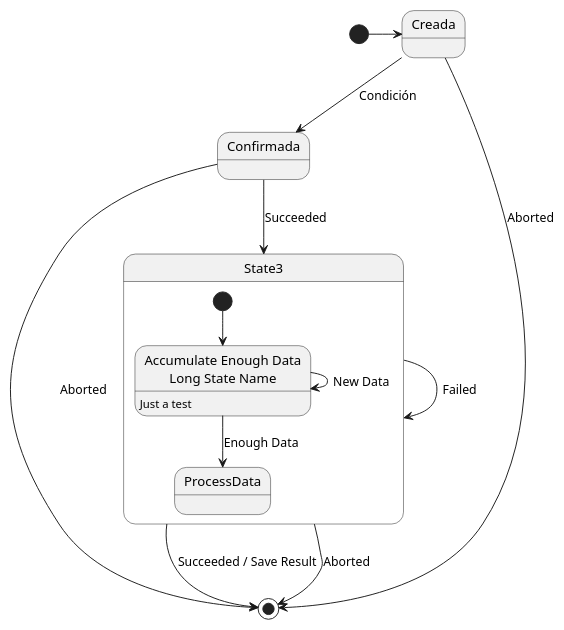
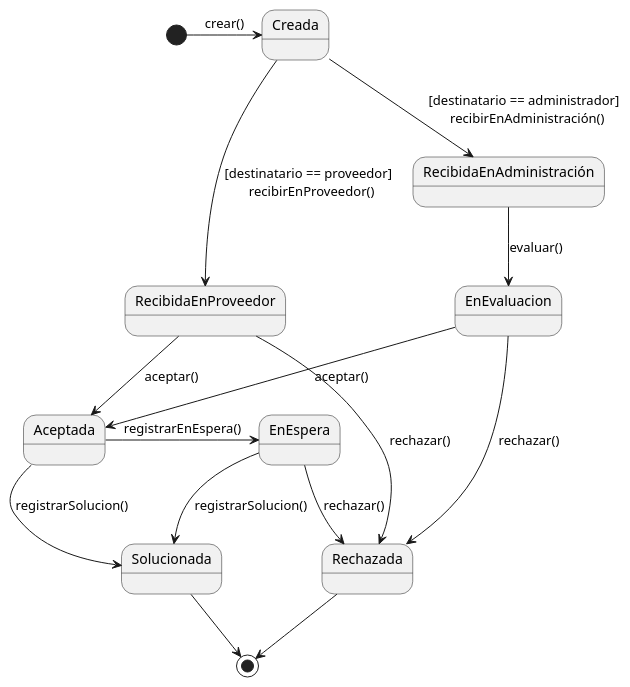
The diagram in diagramas/estado_solicitud.puml (MateicoDev/vecindapp-docs), drawn with PlantUML before and after one commit.

Commit message:
Updating Diagrama de estados

```diff
--- a/diagramas/estado_solicitud.puml
+++ b/diagramas/estado_solicitud.puml
@@ -1,20 +1,16 @@
-@startuml Diagramas de Transición de Estados - Solicitud de Vecino
-scale 600 width
-
-[*] -> Creada
-Creada --> Confirmada : Condición
-Creada --> [*] : Aborted
-Confirmada --> State3 : Succeeded
-Confirmada --> [*] : Aborted
-state State3 {
-  state "Accumulate Enough Data\nLong State Name" as long1
-  long1 : Just a test
-  [*] --> long1
-  long1 --> long1 : New Data
-  long1 --> ProcessData : Enough Data
-}
-State3 --> State3 : Failed
-State3 --> [*] : Succeeded / Save Result
-State3 --> [*] : Aborted
- 
+@startuml Diagrama de Transición de Estados - Solicitud de Vecino
+[*] -> Creada : crear()
+Creada --> RecibidaEnAdministración : [destinatario == administrador] \n recibirEnAdministración()
+Creada --> RecibidaEnProveedor : [destinatario == proveedor] \n recibirEnProveedor()
+RecibidaEnAdministración --> EnEvaluacion : evaluar()
+EnEvaluacion --> Aceptada : aceptar()
+EnEvaluacion --> Rechazada : rechazar()
+RecibidaEnProveedor --> Aceptada : aceptar()
+RecibidaEnProveedor --> Rechazada : rechazar()
+Aceptada --> Solucionada : registrarSolucion()
+Aceptada -> EnEspera : registrarEnEspera()
+EnEspera --> Rechazada : rechazar()
+EnEspera --> Solucionada : registrarSolucion()
+Solucionada --> [*]
+Rechazada --> [*]
 @enduml
```
